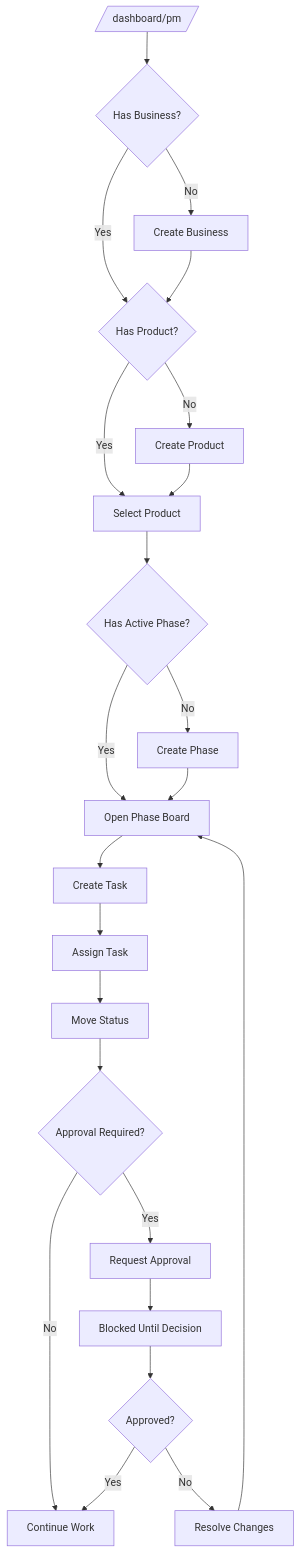
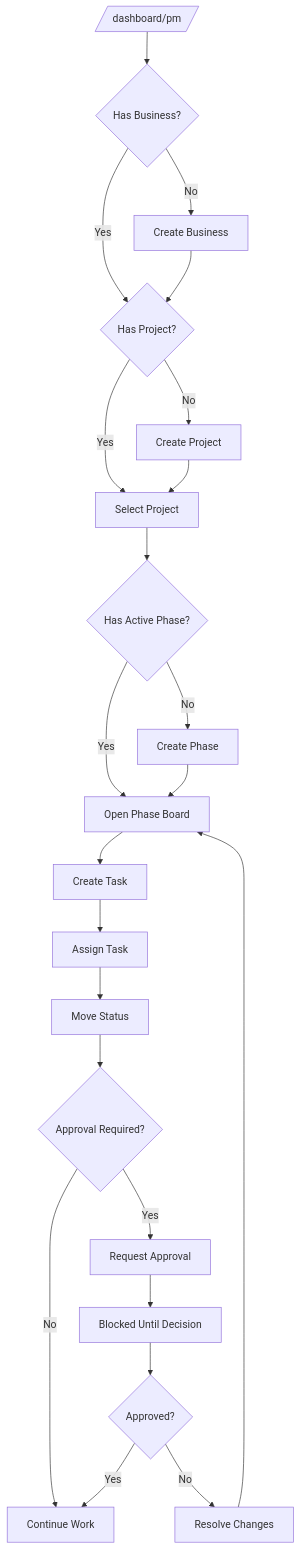
One commit to CSmithy89/ai-business-hub changed the first of 4 diagrams in docs/modules/bm-pm/ux/flows.md. Above: the diagram before and after it, drawn with Mermaid. The commit also changed other lines of this file and 3 other files, not shown here.

````diff
--- a/docs/modules/bm-pm/ux/flows.md
+++ b/docs/modules/bm-pm/ux/flows.md
@@ -13,25 +13,25 @@
 ```mermaid
 flowchart TD
   A[/dashboard/pm/] --> B{Has Business?}
   B -- No --> C[Create Business]
-  B -- Yes --> D{Has Product?}
+  B -- Yes --> D{Has Project?}
   C --> D
-  D -- No --> E[Create Product]
-  D -- Yes --> F[Select Product]
+  D -- No --> E[Create Project]
+  D -- Yes --> F[Select Project]
   E --> F
   F --> G{Has Active Phase?}
   G -- No --> H[Create Phase]
   G -- Yes --> I[Open Phase Board]
   H --> I
   I --> J[Create Task]
   J --> K[Assign Task]
   K --> L[Move Status]
   L --> M{Approval Required?}
   M -- Yes --> N[Request Approval]
   N --> O[Blocked Until Decision]
   M -- No --> P[Continue Work]
   O --> Q{Approved?}
   Q -- Yes --> P
   Q -- No --> R[Resolve Changes]
   R --> I
 ```
````
